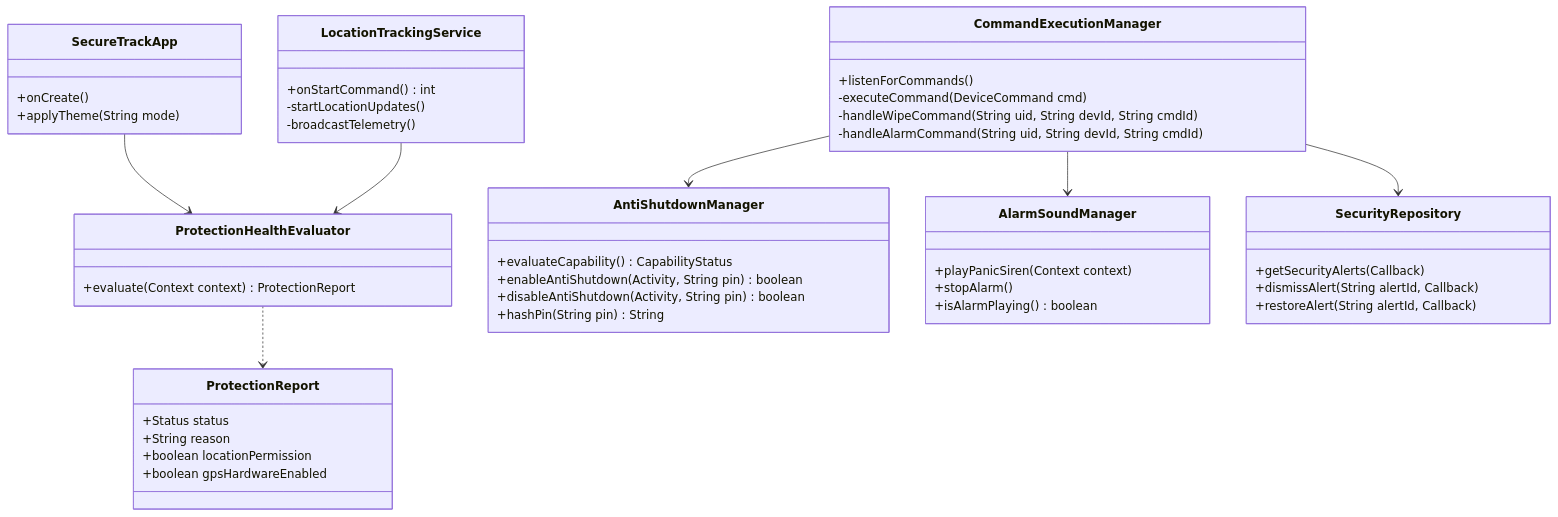
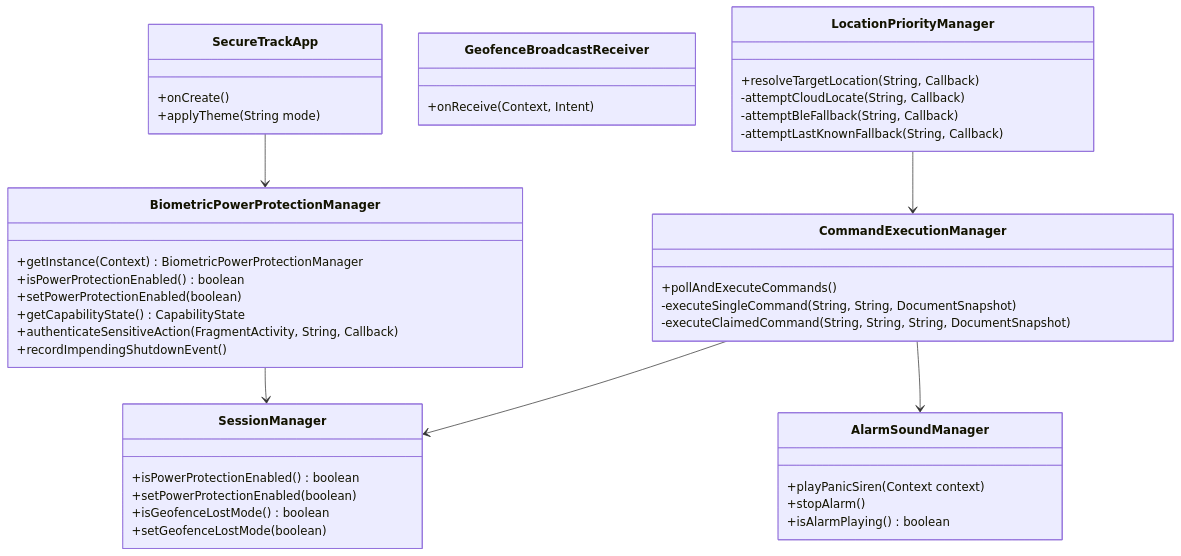
Before and after one commit to dhanushs602848/SecureTrack: the third of 3 diagrams in README.md, drawn with Mermaid. The commit also changed other lines of this file and 2 other files, not shown here.

````diff
--- a/README.md
+++ b/README.md
@@ -199,57 +218,52 @@
 ```mermaid
 classDiagram
     class SecureTrackApp {
         +onCreate()
         +applyTheme(String mode)
     }
 
-    class ProtectionHealthEvaluator {
-        +evaluate(Context context) ProtectionReport
+    class BiometricPowerProtectionManager {
+        +getInstance(Context) BiometricPowerProtectionManager
+        +isPowerProtectionEnabled() boolean
+        +setPowerProtectionEnabled(boolean)
+        +getCapabilityState() CapabilityState
+        +authenticateSensitiveAction(FragmentActivity, String, Callback)
+        +recordImpendingShutdownEvent()
     }
 
-    class ProtectionReport {
-        +Status status
-        +String reason
-        +boolean locationPermission
-        +boolean gpsHardwareEnabled
+    class GeofenceBroadcastReceiver {
+        +onReceive(Context, Intent)
     }
 
-    class AntiShutdownManager {
-        +evaluateCapability() CapabilityStatus
-        +enableAntiShutdown(Activity, String pin) boolean
-        +disableAntiShutdown(Activity, String pin) boolean
-        +hashPin(String pin) String
+    class LocationPriorityManager {
+        +resolveTargetLocation(String, Callback)
+        -attemptCloudLocate(String, Callback)
+        -attemptBleFallback(String, Callback)
+        -attemptLastKnownFallback(String, Callback)
+    }
+
+    class CommandExecutionManager {
+        +pollAndExecuteCommands()
+        -executeSingleCommand(String, String, DocumentSnapshot)
+        -executeClaimedCommand(String, String, String, DocumentSnapshot)
     }
 
     class AlarmSoundManager {
         +playPanicSiren(Context context)
         +stopAlarm()
         +isAlarmPlaying() boolean
     }
 
-    class CommandExecutionManager {
-        +listenForCommands()
-        -executeCommand(DeviceCommand cmd)
-        -handleWipeCommand(String uid, String devId, String cmdId)
-        -handleAlarmCommand(String uid, String devId, String cmdId)
+    class SessionManager {
+        +isPowerProtectionEnabled() boolean
+        +setPowerProtectionEnabled(boolean)
+        +isGeofenceLostMode() boolean
+        +setGeofenceLostMode(boolean)
     }
 
-    class LocationTrackingService {
-        +onStartCommand() int
-        -startLocationUpdates()
-        -broadcastTelemetry()
-    }
-
-    class SecurityRepository {
-        +getSecurityAlerts(Callback)
-        +dismissAlert(String alertId, Callback)
-        +restoreAlert(String alertId, Callback)
-    }
-
-    SecureTrackApp --> ProtectionHealthEvaluator
-    ProtectionHealthEvaluator ..> ProtectionReport
+    SecureTrackApp --> BiometricPowerProtectionManager
+    BiometricPowerProtectionManager --> SessionManager
+    CommandExecutionManager --> SessionManager
+    LocationPriorityManager --> CommandExecutionManager
     CommandExecutionManager --> AlarmSoundManager
-    CommandExecutionManager --> AntiShutdownManager
-    CommandExecutionManager --> SecurityRepository
-    LocationTrackingService --> ProtectionHealthEvaluator
 ```
````
